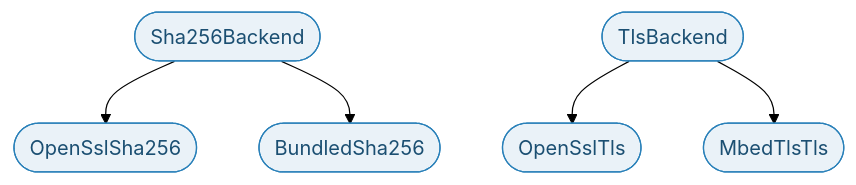
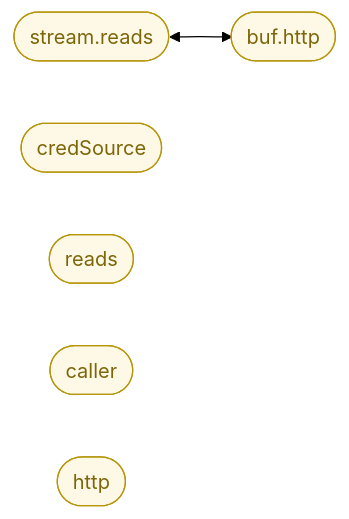
The third of 6 diagrams in reports/diagrams/diagrams.md (yoavbendor/sysledge), drawn with Mermaid (forest theme) before and after one commit. The commit also changed other lines of this file and 43 other files, not shown here.

First line of the commit message:
Add sysmldiag: deterministic SysML v2 -> Mermaid diagram component

````diff
--- a/reports/diagrams/diagrams.md
+++ b/reports/diagrams/diagrams.md
@@ -54,8 +183,12 @@
 ```mermaid
-flowchart TD
-  classDef def fill:#eaf2f8,stroke:#2980b9,color:#1b4f72;
-  Sha256Backend(["Sha256Backend"]):::def --> OpenSslSha256(["OpenSslSha256"]):::def
-  Sha256Backend(["Sha256Backend"]):::def --> BundledSha256(["BundledSha256"]):::def
-  TlsBackend(["TlsBackend"]):::def --> OpenSslTls(["OpenSslTls"]):::def
-  TlsBackend(["TlsBackend"]):::def --> MbedTlsTls(["MbedTlsTls"]):::def
+flowchart LR
+  classDef port fill:#fef9e7,stroke:#b7950b,color:#7d6608;
+  classDef part fill:#eaf2f8,stroke:#2980b9,color:#1b4f72;
+  PT_stream_reads(["stream.reads"]):::port
+  PT_buf_http(["buf.http"]):::port
+  PT_stream_reads <--> PT_buf_http
+  PT_Nanos3readerStructure__CredentialProvider__credSource(["credSource"]):::port
+  PT_Nanos3readerStructure__S3IStream__reads(["reads"]):::port
+  PT_Nanos3readerStructure__S3MinStreamFactory__caller(["caller"]):::port
+  PT_Nanos3readerStructure__S3Streambuf__http(["http"]):::port
 ```
````
